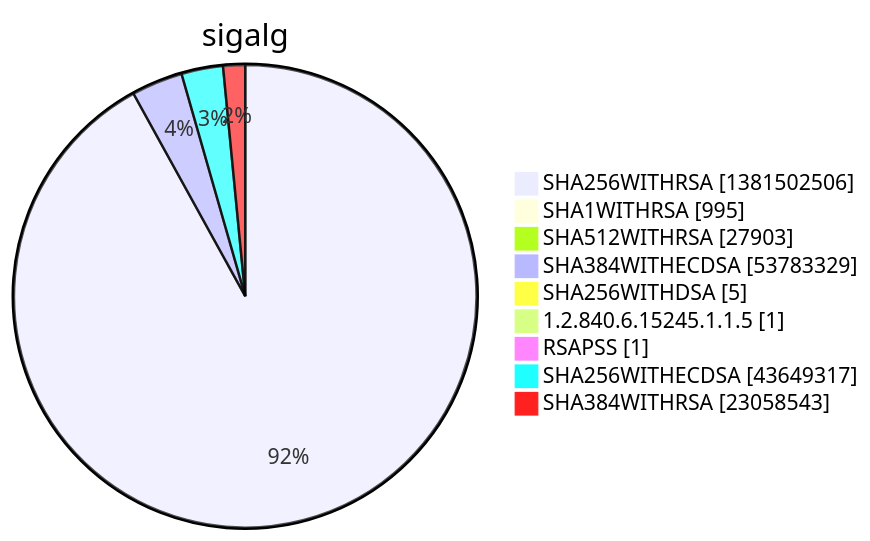
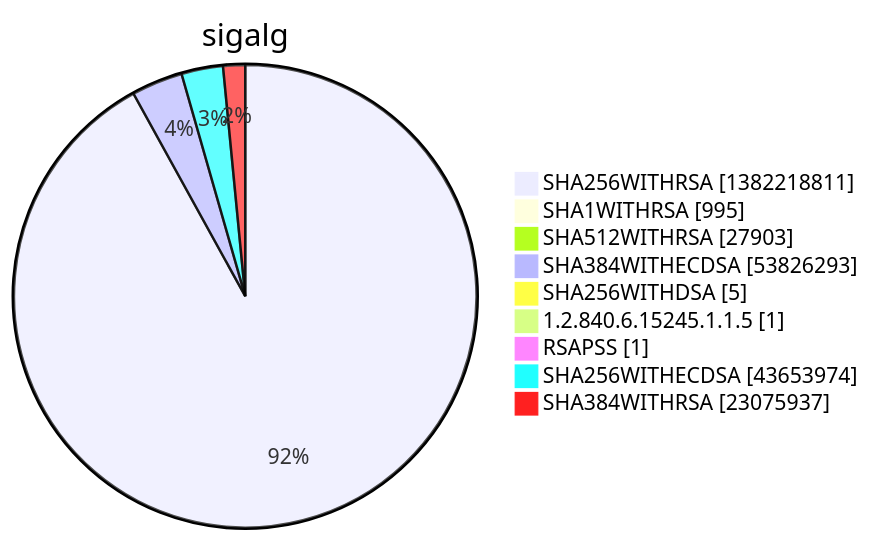
Diagram 15 of 15 in xenon2022/README.md (christiankrug/ctmonitor_visualization), drawn with Mermaid before and after one commit. The commit also changed other lines of this file, not shown here.

````diff
--- a/xenon2022/README.md
+++ b/xenon2022/README.md
@@ -5853,13 +5853,13 @@
 ```mermaid
 pie showData
 title sigalg
-"SHA256WITHRSA" :1381502506
+"SHA256WITHRSA" :1382218811
 "SHA1WITHRSA" :995
 "SHA512WITHRSA" :27903
-"SHA384WITHECDSA" :53783329
+"SHA384WITHECDSA" :53826293
 "SHA256WITHDSA" :5
 "1.2.840.6.15245.1.1.5" :1
 "RSAPSS" :1
-"SHA256WITHECDSA" :43649317
-"SHA384WITHRSA" :23058543
+"SHA256WITHECDSA" :43653974
+"SHA384WITHRSA" :23075937
 ```
````
